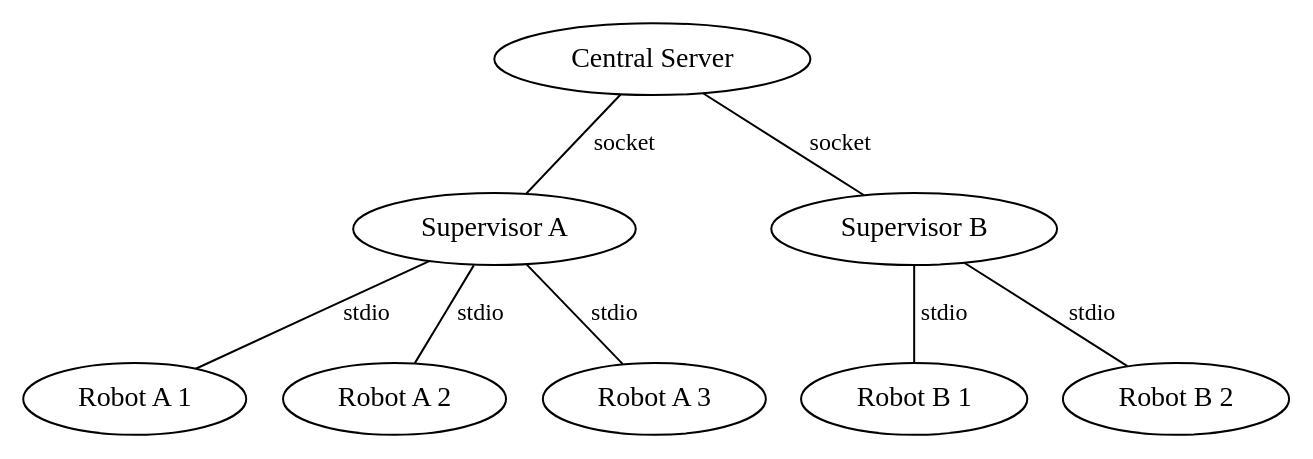
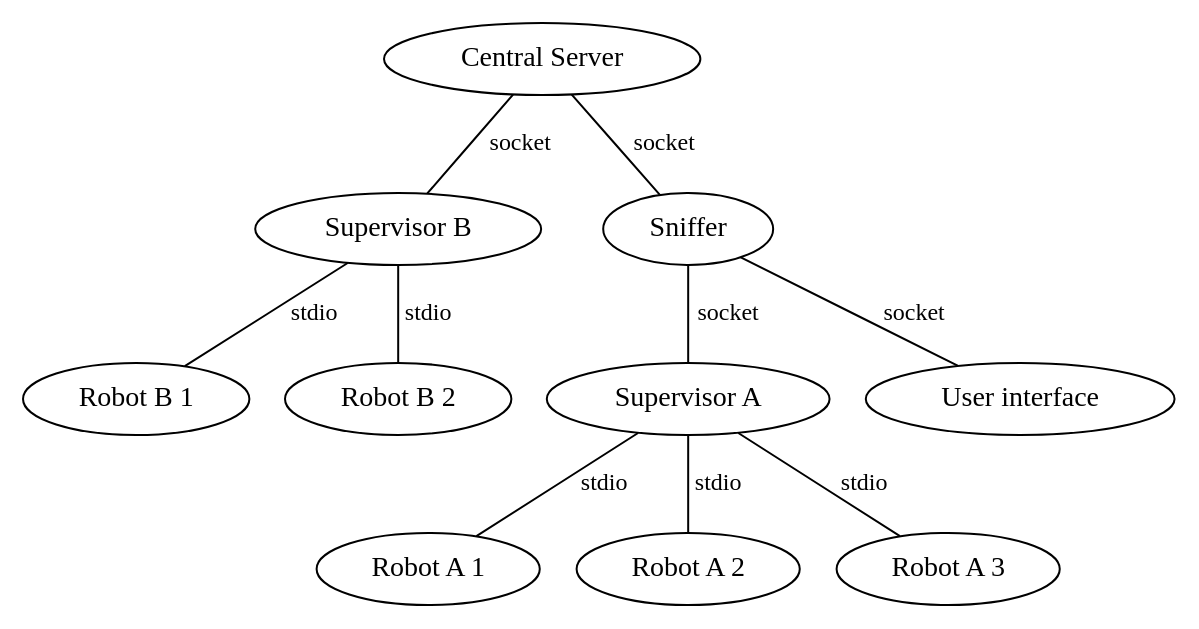
One commit to photm5/botstrats changed the diagram in doc/network.gv. Above: the diagram before and after it, drawn with Graphviz.

Commit message:
Improve network graph

```diff
--- a/doc/network.gv
+++ b/doc/network.gv
@@ -1,17 +1,23 @@
 graph network {
     CS [label="Central Server"]
     SA [label="Supervisor A"]
     SB [label="Supervisor B"]
     RA1 [label="Robot A 1"]
     RA2 [label="Robot A 2"]
     RA3 [label="Robot A 3"]
     RB1 [label="Robot B 1"]
     RB2 [label="Robot B 2"]
-    CS -- SA [fontsize=12,label="socket"]
+    SN [label="Sniffer"]
+    UI [label="User interface"]
+    CS -- SN [fontsize=12,label="socket"]
+    SN -- UI [fontsize=12,label="socket"]
+    SN -- SA [fontsize=12,label="socket"]
     CS -- SB [fontsize=12,label="socket"]
     SA -- RA1 [fontsize=12,label="stdio"]
     SA -- RA2 [fontsize=12,label="stdio"]
     SA -- RA3 [fontsize=12,label="stdio"]
     SB -- RB1 [fontsize=12,label="stdio"]
     SB -- RB2 [fontsize=12,label="stdio"]
 }
+
+// vim: ft=dot
```
